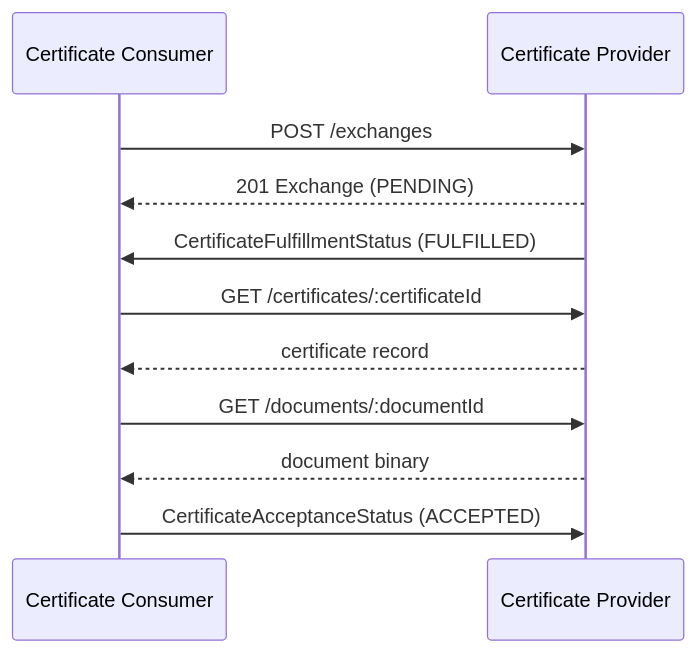
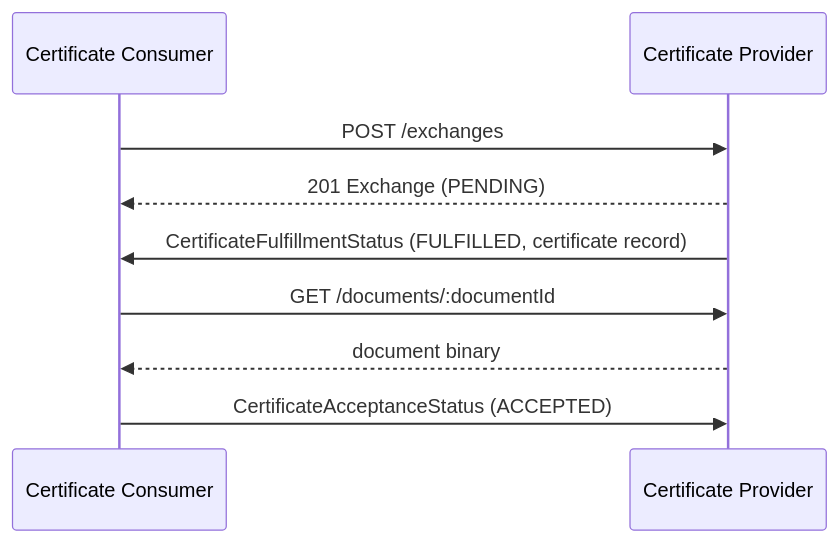
Before and after one commit to Metaform/certo: the fourth of 4 diagrams in docs/sce/certificate-exchange.md, drawn with Mermaid. The commit also changed other lines of this file and 21 other files, not shown here.

````diff
--- a/docs/sce/certificate-exchange.md
+++ b/docs/sce/certificate-exchange.md
@@ -411,13 +425,11 @@
 ```mermaid
 sequenceDiagram
     participant con as Certificate Consumer
     participant prov as Certificate Provider
     con ->> prov: POST /exchanges
     prov -->> con: 201 Exchange (PENDING)
-    prov ->> con: CertificateFulfillmentStatus (FULFILLED)
-    con ->> prov: GET /certificates/:certificateId
-    prov -->> con: certificate record
+    prov ->> con: CertificateFulfillmentStatus (FULFILLED, certificate record)
     con ->> prov: GET /documents/:documentId
     prov -->> con: document binary
     con ->> prov: CertificateAcceptanceStatus (ACCEPTED)
 ```
````
